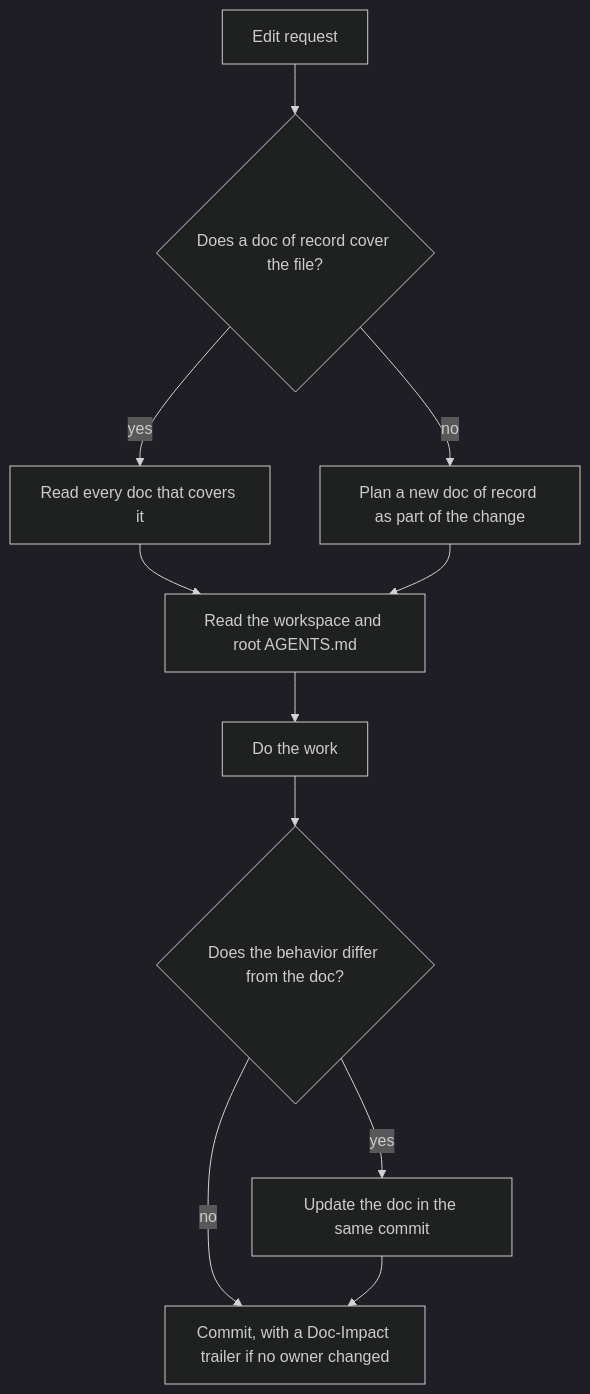
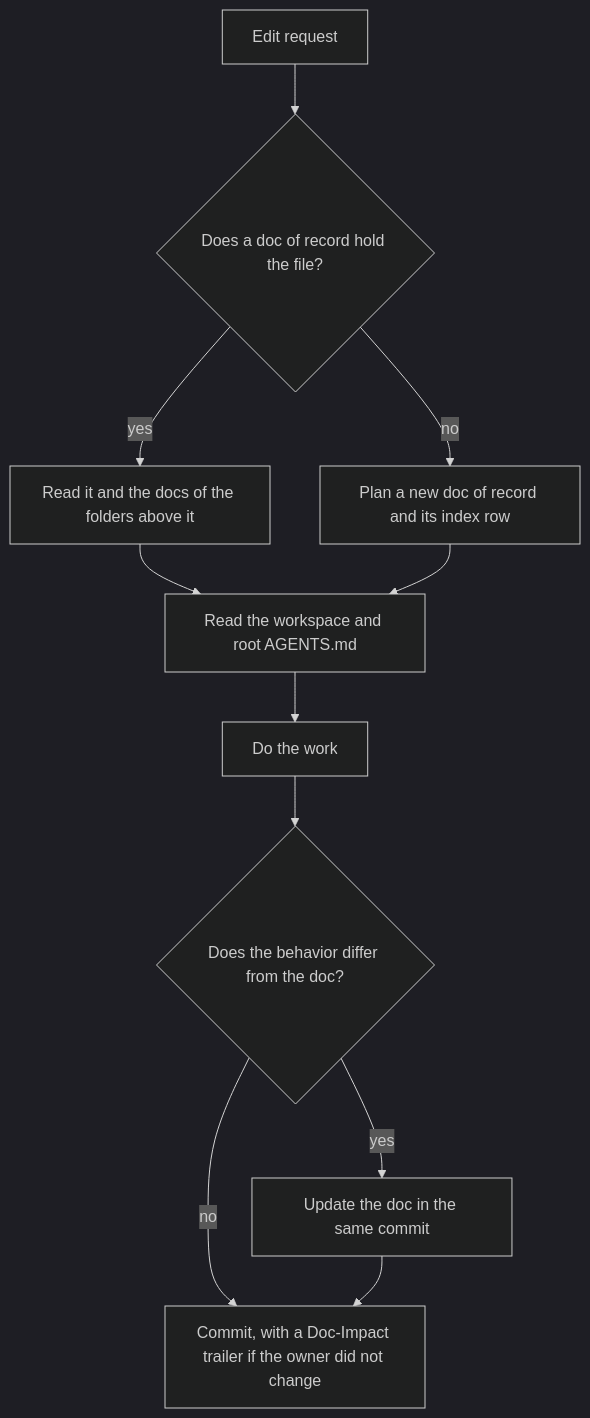
One commit to maxim-slavutsky/maxim.ai changed the diagram in skills/sdd-enforce/assets/repository/docs/doc-of-record.md. Above: the diagram before and after it, drawn with Mermaid (dark theme). The commit also changed other lines of this file and 9 other files, not shown here.

First line of the commit message:
docs(sdd-enforce): cut look-ups from the templates and document the new flow

````diff
--- a/skills/sdd-enforce/assets/repository/docs/doc-of-record.md
+++ b/skills/sdd-enforce/assets/repository/docs/doc-of-record.md
@@ -125,13 +135,13 @@
 ```mermaid
 flowchart TD
-  A[Edit request] --> B{Does a doc of record cover the file?}
-  B -- yes --> C[Read every doc that covers it]
-  B -- no --> D[Plan a new doc of record as part of the change]
+  A[Edit request] --> B{Does a doc of record hold the file?}
+  B -- yes --> C[Read it and the docs of the folders above it]
+  B -- no --> D[Plan a new doc of record and its index row]
   C --> E[Read the workspace and root AGENTS.md]
   D --> E
   E --> F[Do the work]
   F --> G{Does the behavior differ from the doc?}
   G -- yes --> H[Update the doc in the same commit]
-  G -- no --> I[Commit, with a Doc-Impact trailer if no owner changed]
+  G -- no --> I[Commit, with a Doc-Impact trailer if the owner did not change]
   H --> I
 ```
````
